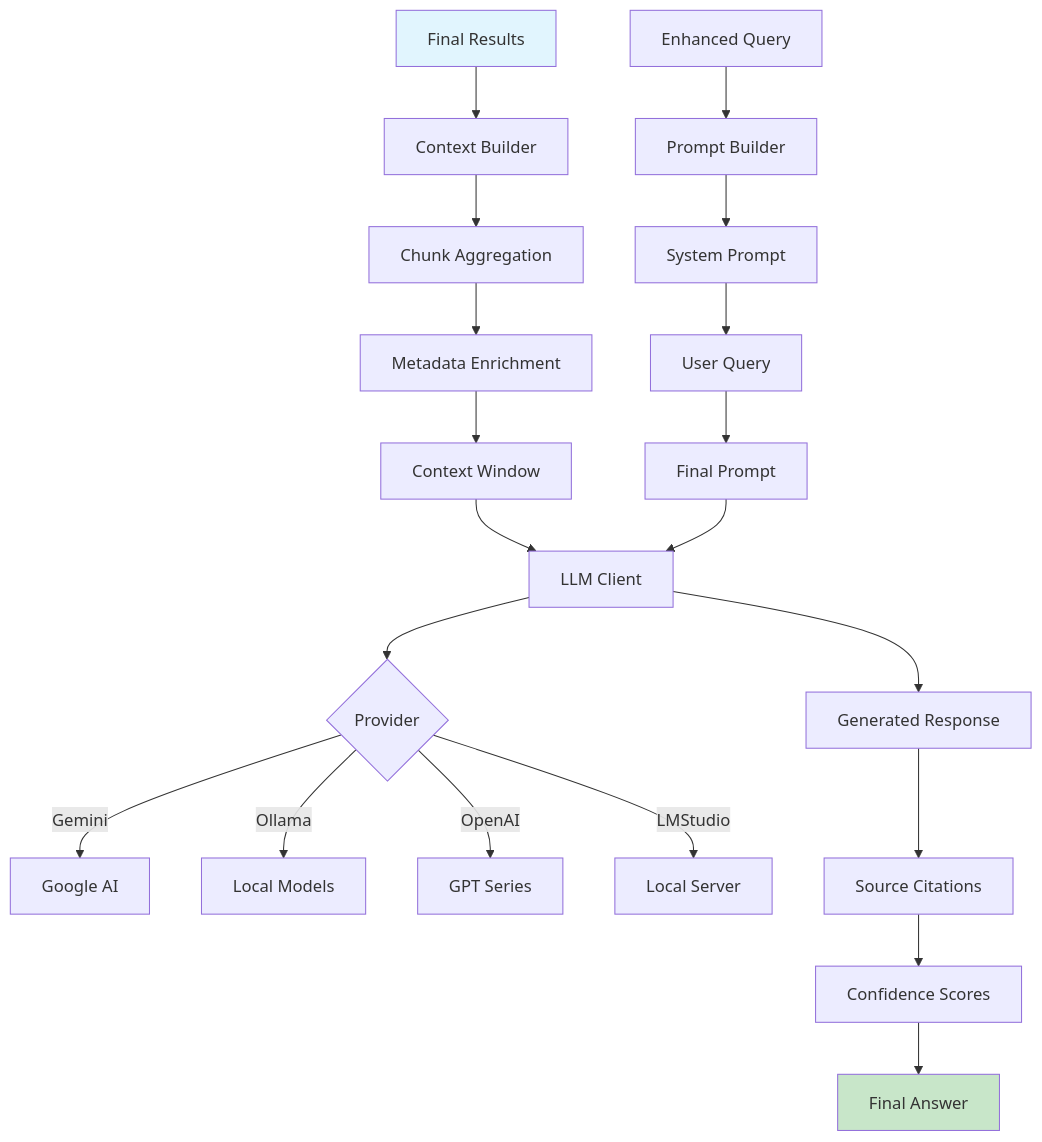
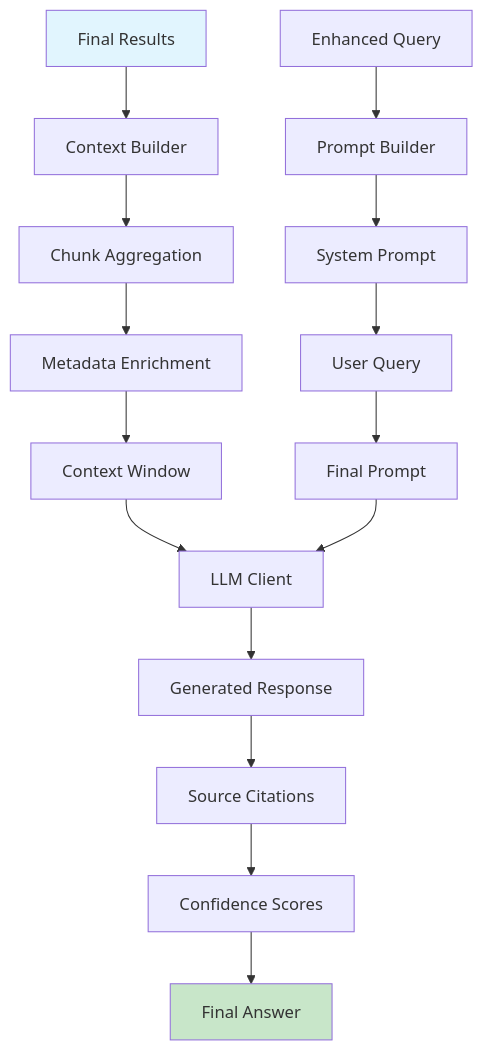
Before and after one commit to Flowerf19/RAG: the fifth of 5 diagrams in README.md, drawn with Mermaid. The commit also changed other lines of this file, not shown here.

````diff
--- a/README.md
+++ b/README.md
@@ -199,29 +188,23 @@
 ```mermaid
 graph TD
     A[Final Results] --> B[Context Builder]
     B --> C[Chunk Aggregation]
     C --> D[Metadata Enrichment]
     D --> E[Context Window]
 
     F[Enhanced Query] --> G[Prompt Builder]
     G --> H[System Prompt]
     H --> I[User Query]
     I --> J[Final Prompt]
 
     E --> K[LLM Client]
     J --> K
 
-    K --> L{Provider}
-    L -->|Gemini| M[Google AI]
-    L -->|Ollama| N[Local Models]
-    L -->|OpenAI| O[GPT Series]
-    L -->|LMStudio| P[Local Server]
-
     K --> Q[Generated Response]
     Q --> R[Source Citations]
     R --> S[Confidence Scores]
     S --> T[Final Answer]
 
     style A fill:#e1f5fe
     style T fill:#c8e6c9
 ```
````
